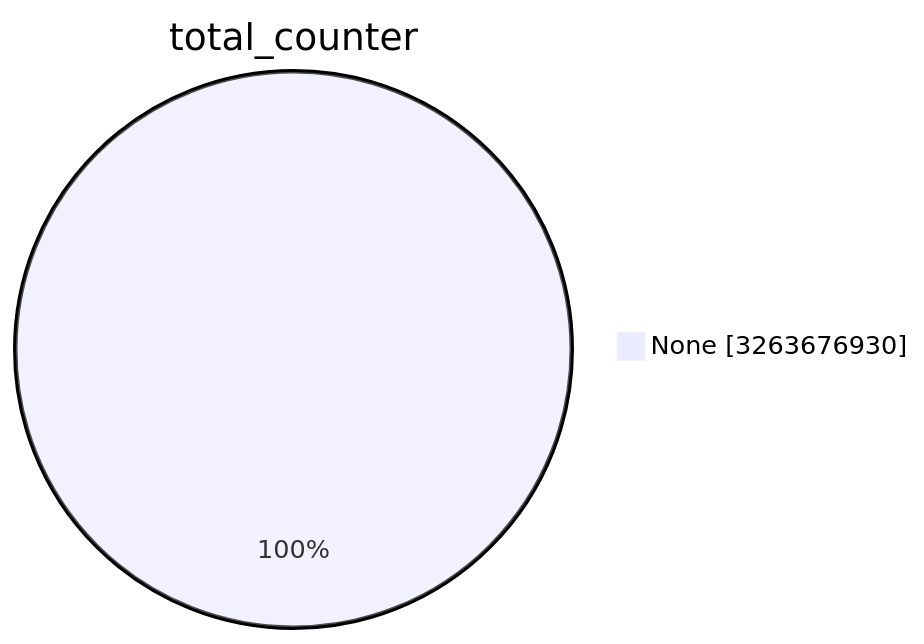
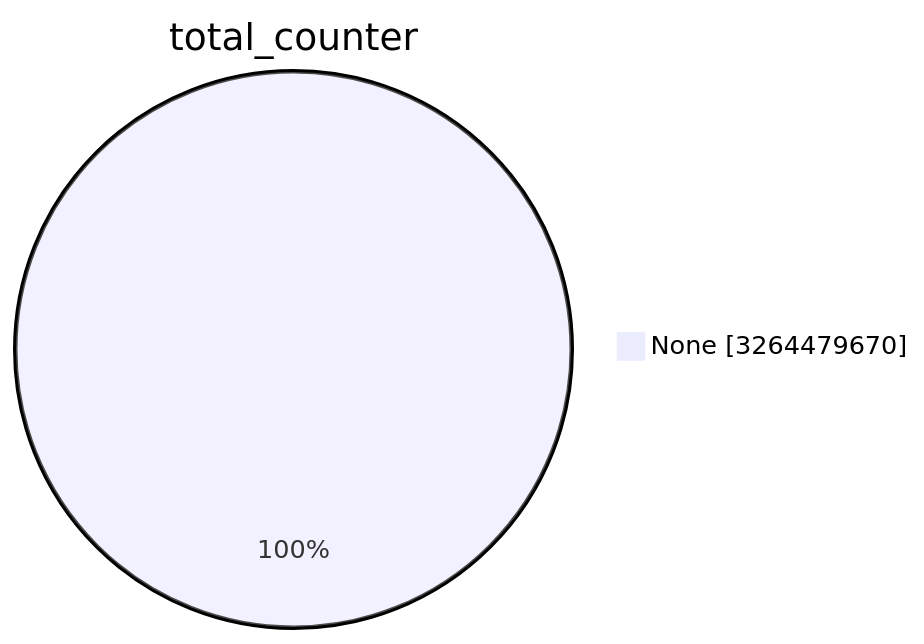
One commit to christiankrug/ctmonitor_visualization changed the first of 15 diagrams in TOTAL/README.md. Above: the diagram before and after it, drawn with Mermaid. The commit also changed other lines of this file, not shown here.

````diff
--- a/TOTAL/README.md
+++ b/TOTAL/README.md
@@ -1,5 +1,5 @@
 ```mermaid
 pie showData
 title total_counter
-"None" :3263676930
+"None" :3264479670
 ```
````
